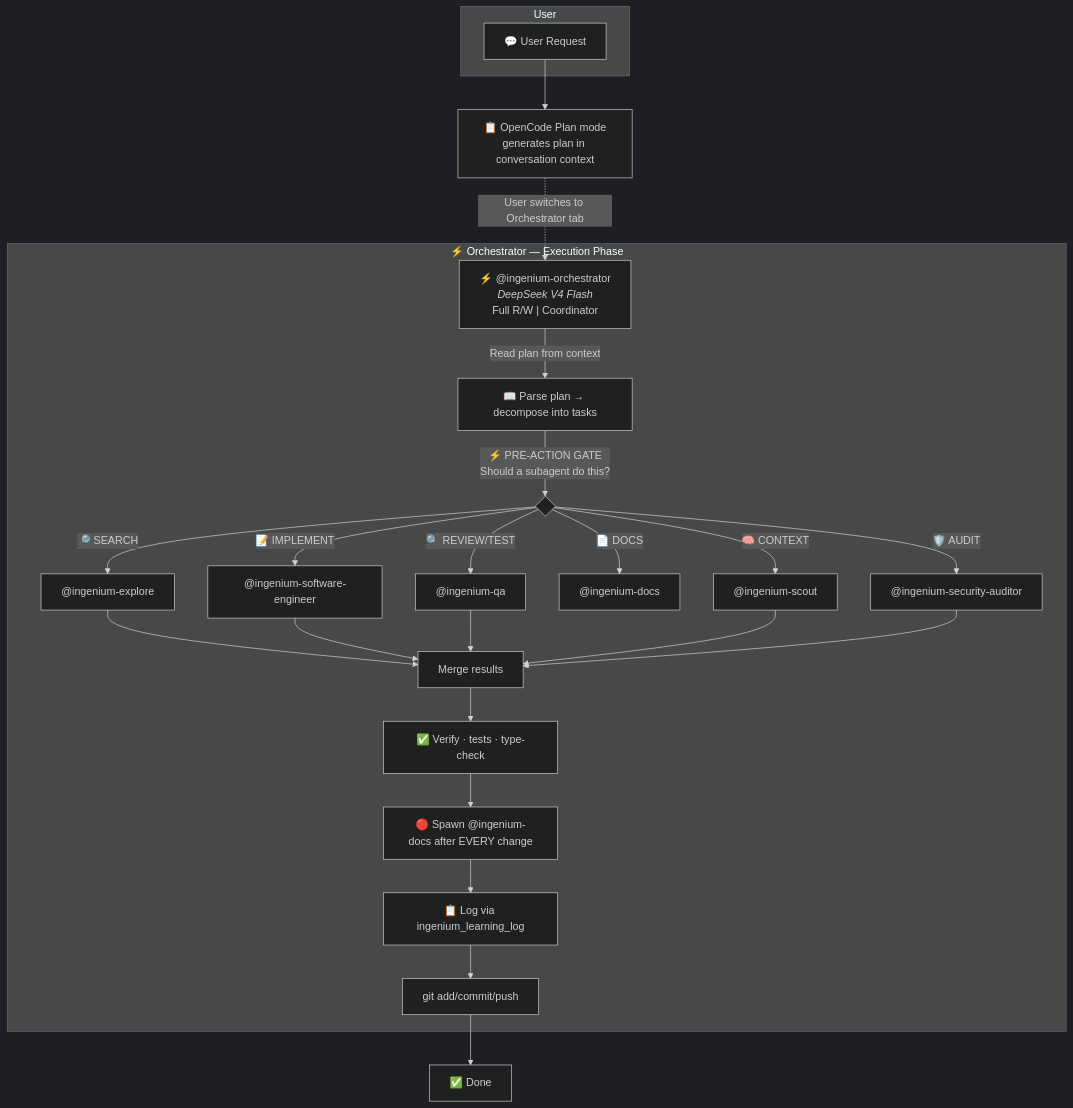
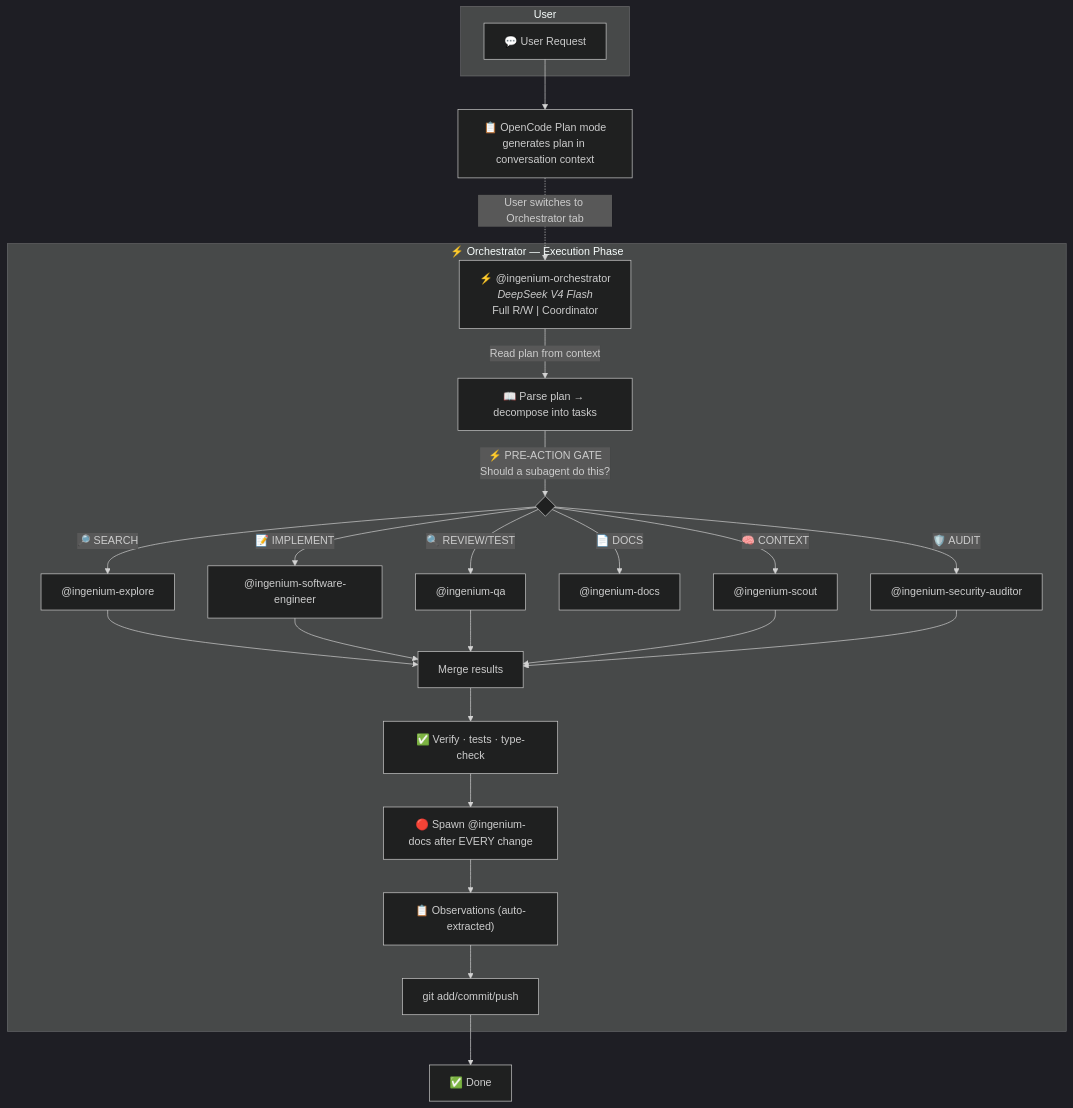
One commit to jtmb/ingenium changed the first of 4 diagrams in docs/agents.md. Above: the diagram before and after it, drawn with Mermaid (dark theme). The commit also changed other lines of this file and 45 other files, not shown here.

````diff
--- a/docs/agents.md
+++ b/docs/agents.md
@@ -7,34 +7,34 @@
 ```mermaid
 flowchart TB
     subgraph User
         REQ["💬 User Request"]
     end
 
     REQ --> PLAN["📋 OpenCode Plan mode<br/>generates plan in conversation context"]
 
     PLAN -.->|"User switches to Orchestrator tab"| O
 
     O["⚡ @ingenium-orchestrator<br/><i>DeepSeek V4 Flash</i><br/>Full R/W | Coordinator"]
 
     subgraph Orchestrator["⚡ Orchestrator — Execution Phase"]
         O -->|"Read plan from context"| READPLAN["📖 Parse plan → decompose into tasks"]
         READPLAN -->|"⚡ PRE-ACTION GATE<br/>Should a subagent do this?"| GATE{ }
         GATE -->|"🔎 SEARCH"| EXP["@ingenium-explore"]
         GATE -->|"📝 IMPLEMENT"| SE["@ingenium-software-engineer"]
         GATE -->|"🔍 REVIEW/TEST"| QA["@ingenium-qa"]
         GATE -->|"📄 DOCS"| DOCS["@ingenium-docs"]
         GATE -->|"🛡️ AUDIT"| AUDITOR["@ingenium-security-auditor"]
         GATE -->|"🧠 CONTEXT"| SCOUT["@ingenium-scout"]
         EXP --> MERGE["Merge results"]
         SE --> MERGE
         QA --> MERGE
         SCOUT --> MERGE
         AUDITOR --> MERGE
         MERGE --> VERIFY["✅ Verify · tests · type-check"]
         VERIFY --> DOC["🔴 Spawn @ingenium-docs after EVERY change"]
-        DOC --> LEARN["📋 Log via ingenium_learning_log"]
-        LEARN --> COMMIT["git add/commit/push"]
+        DOC --> OBSERVE["📋 Observations (auto-extracted)"]
+        OBSERVE --> COMMIT["git add/commit/push"]
     end
 
     COMMIT --> DONE["✅ Done"]
 ```
````
